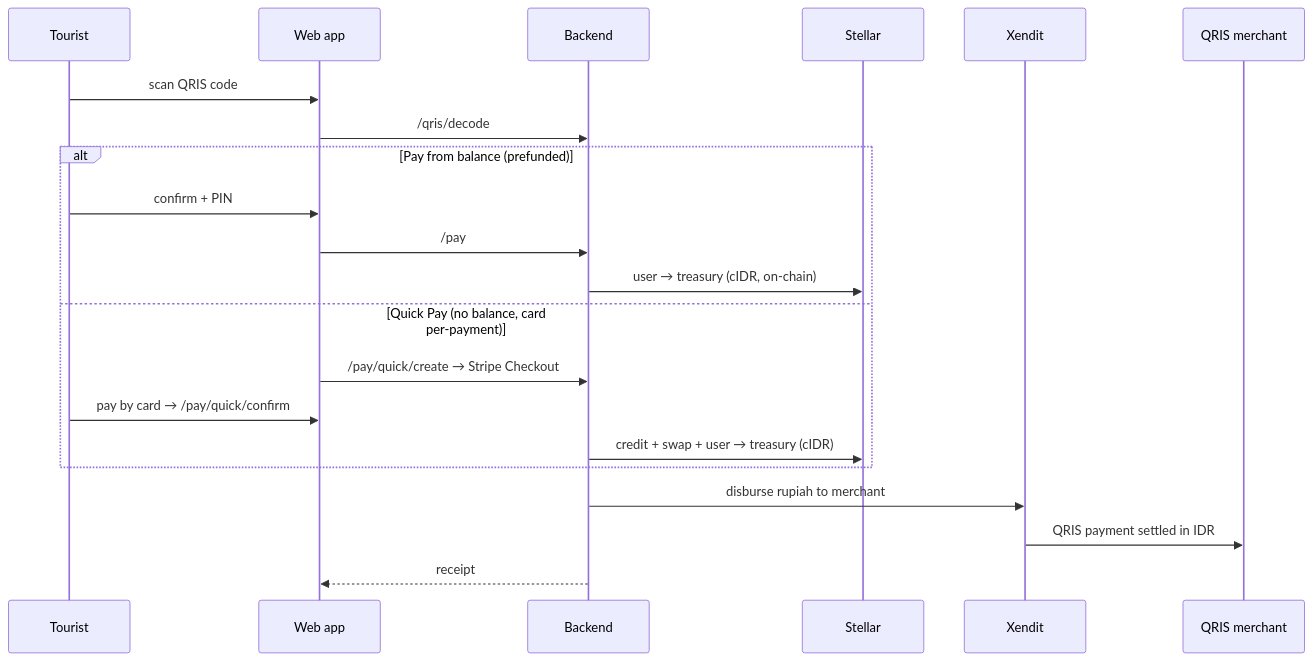
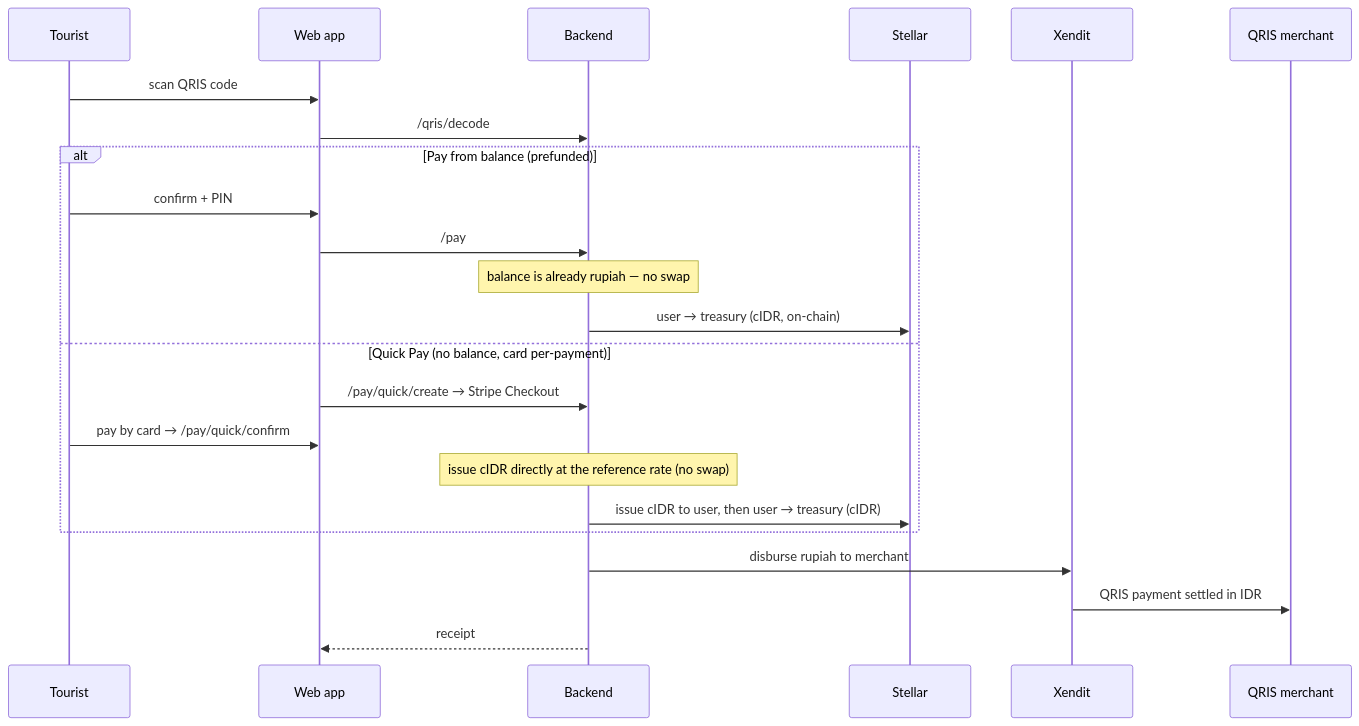
Before and after one commit to CastelPay/.github: the fifth of 6 diagrams in architecture.md, drawn with Mermaid. The commit also changed other lines of this file and 1 other file, not shown here.

First line of the commit message:
docs: sync org profile + architecture with current architecture

````diff
--- a/architecture.md
+++ b/architecture.md
@@ -187,24 +241,26 @@
 ```mermaid
 sequenceDiagram
     participant U as Tourist
     participant FE as Web app
     participant BE as Backend
     participant SX as Stellar
     participant XN as Xendit
     participant M as QRIS merchant
 
     U->>FE: scan QRIS code
     FE->>BE: /qris/decode
     alt Pay from balance (prefunded)
         U->>FE: confirm + PIN
         FE->>BE: /pay
+        Note over BE: balance is already rupiah — no swap
         BE->>SX: user → treasury (cIDR, on-chain)
     else Quick Pay (no balance, card per-payment)
         FE->>BE: /pay/quick/create → Stripe Checkout
         U->>FE: pay by card → /pay/quick/confirm
-        BE->>SX: credit + swap + user → treasury (cIDR)
+        Note over BE: issue cIDR directly at the reference rate (no swap)
+        BE->>SX: issue cIDR to user, then user → treasury (cIDR)
     end
     BE->>XN: disburse rupiah to merchant
     XN->>M: QRIS payment settled in IDR
     BE-->>FE: receipt
 ```
````
